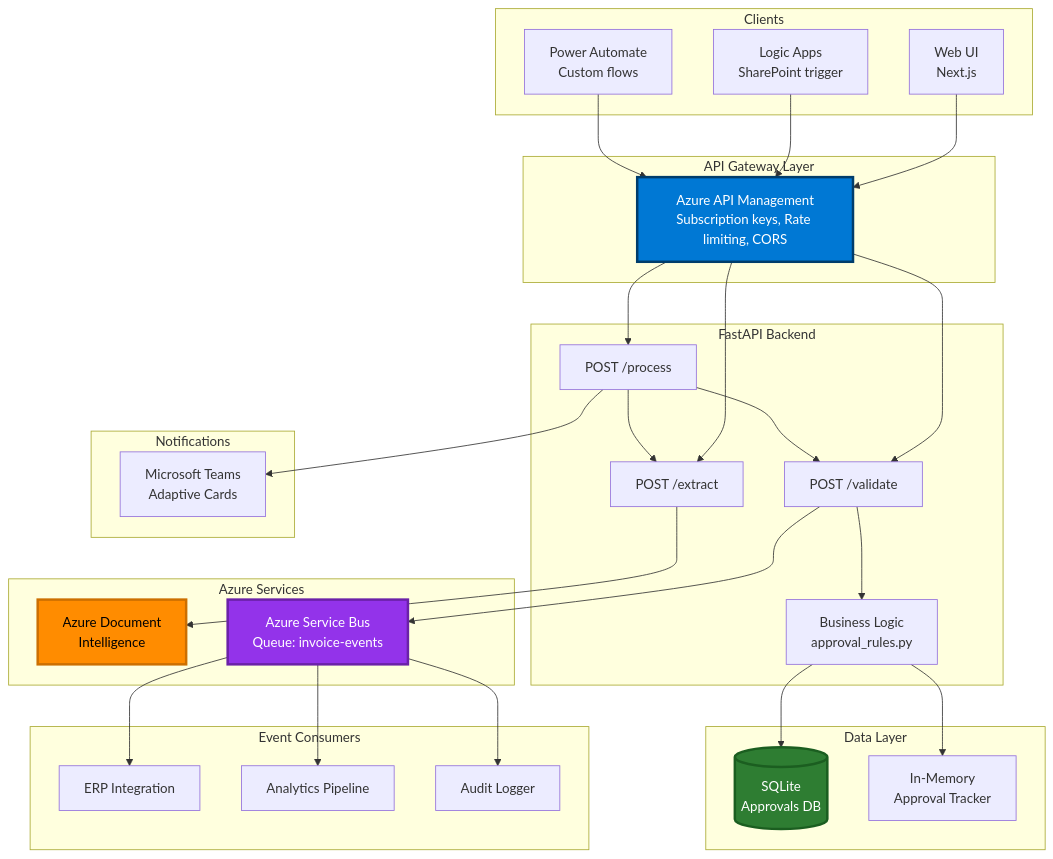
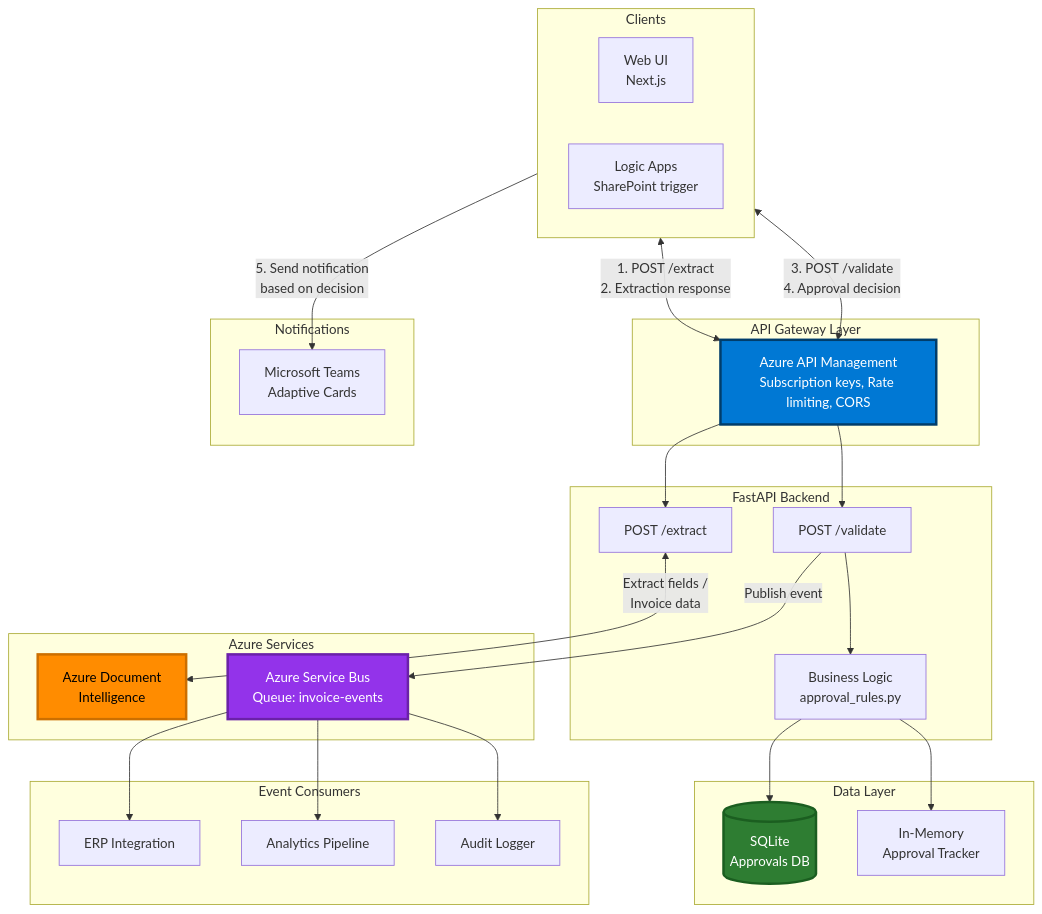
One commit to ammons-datalabs/adl-m365-automation-starter changed the first of 5 diagrams in INTEGRATION_DESIGN.md. Above: the diagram before and after it, drawn with Mermaid. The commit also changed other lines of this file and 12 other files, not shown here.

First line of the commit message:
Refactor: Remove Power Automate, deprecate /process endpoint, improve docs

````diff
--- a/INTEGRATION_DESIGN.md
+++ b/INTEGRATION_DESIGN.md
@@ -17,56 +17,63 @@
 ```mermaid
 flowchart TB
     subgraph Clients
         A1[Web UI<br/>Next.js]
         A2[Logic Apps<br/>SharePoint trigger]
-        A3[Power Automate<br/>Custom flows]
     end
 
     subgraph Gateway["API Gateway Layer"]
         B[Azure API Management<br/>Subscription keys, Rate limiting, CORS]
     end
 
     subgraph Backend["FastAPI Backend"]
         C1["POST /extract"]
         C2["POST /validate"]
-        C3["POST /process"]
         D[Business Logic<br/>approval_rules.py]
     end
 
     subgraph Storage["Data Layer"]
         E1[(SQLite<br/>Approvals DB)]
         E2[In-Memory<br/>Approval Tracker]
     end
 
     subgraph Azure["Azure Services"]
         F[Azure Document<br/>Intelligence]
         G[Azure Service Bus<br/>Queue: invoice-events]
     end
 
     subgraph Notifications
         H[Microsoft Teams<br/>Adaptive Cards]
     end
 
     subgraph Downstream["Event Consumers"]
         I1[ERP Integration]
         I2[Analytics Pipeline]
         I3[Audit Logger]
     end
 
-    A1 & A2 & A3 --> B
-    B --> C1 & C2 & C3
-    C1 --> F
+    %% Client to API flows (bidirectional request/response)
+    Clients <-->|1. POST /extract<br/>2. Extraction response| B
+    Clients <-->|3. POST /validate<br/>4. Approval decision| B
+
+    %% API Gateway routing
+    B --> C1 & C2
+
+    %% Extraction flow
+    C1 <-->|Extract fields /<br/>Invoice data| F
+
+    %% Validation flow
     C2 --> D
-    C3 --> C1
-    C3 --> C2
-    D --> E1
-    D --> E2
-    C2 --> G
-    C3 --> H
+    D --> E1 & E2
+    C2 -->|Publish event| G
+
+    %% Client orchestration (one-way)
+    Clients -->|5. Send notification<br/>based on decision| H
+
+    %% Downstream processing (one-way)
     G --> I1 & I2 & I3
 
     style B fill:#0078d4,stroke:#003d6b,stroke-width:3px,color:#fff
     style F fill:#ff8c00,stroke:#cc6f00,stroke-width:3px,color:#000
     style G fill:#9333ea,stroke:#6b21a8,stroke-width:3px,color:#fff
     style E1 fill:#2e7d32,stroke:#1b5e20,stroke-width:3px,color:#fff
 ```
````
